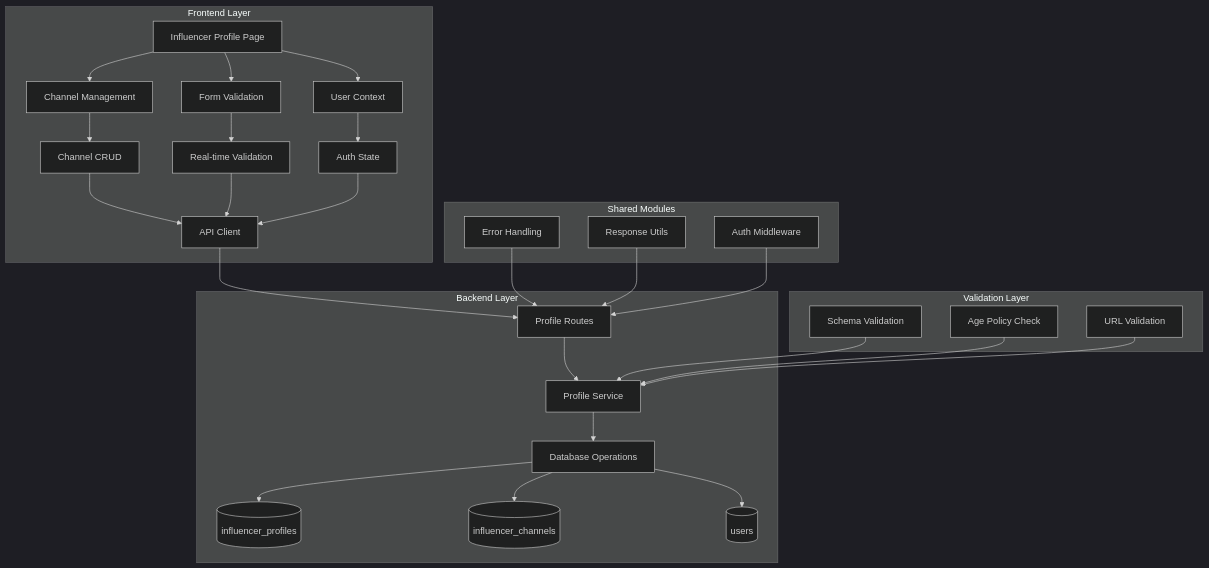
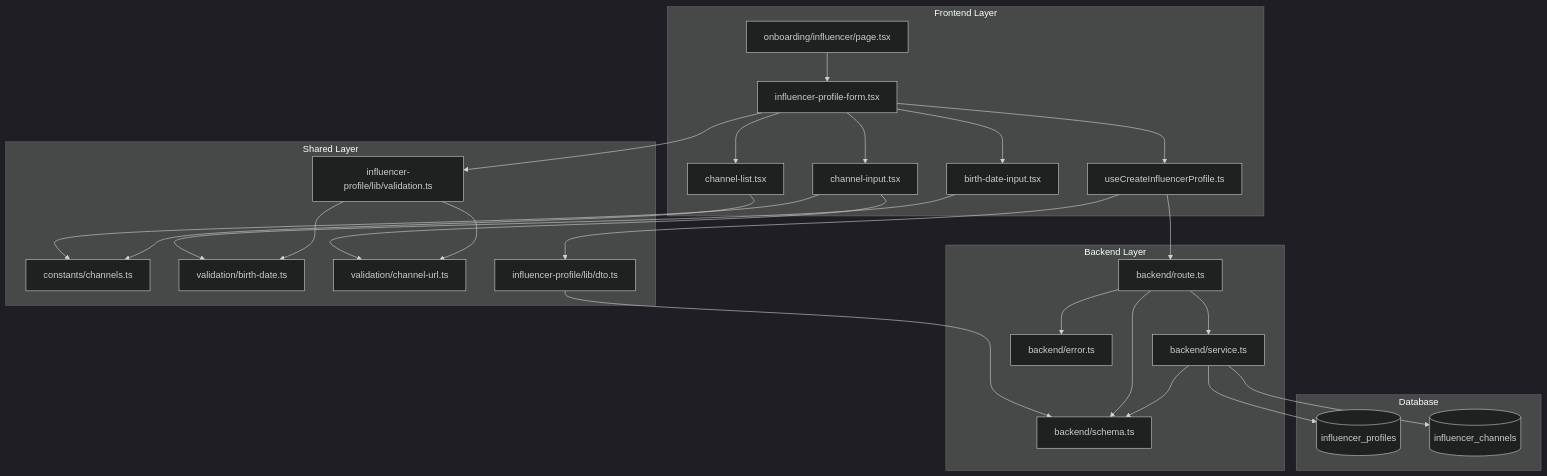
One commit to kooyongpak/Mafia_1w_1 changed the diagram in docs/002/plan.md. Above: the diagram before and after it, drawn with Mermaid (dark theme). The commit also changed other lines of this file and 78 other files, not shown here.

````diff
--- a/docs/002/plan.md
+++ b/docs/002/plan.md
@@ -195,46 +22,53 @@
 ```mermaid
 graph TB
     subgraph "Frontend Layer"
-        A[Influencer Profile Page] --> B[Channel Management]
-        A --> C[Form Validation]
-        A --> D[User Context]
-        
-        B --> E[Channel CRUD]
-        C --> F[Real-time Validation]
-        D --> G[Auth State]
-        
-        E --> H[API Client]
-        F --> H
-        G --> H
+        A[onboarding/influencer/page.tsx]
+        B[influencer-profile-form.tsx]
+        C[birth-date-input.tsx]
+        D[channel-input.tsx]
+        E[channel-list.tsx]
+        F[useCreateInfluencerProfile.ts]
     end
-    
+
+    subgraph "Shared Layer"
+        G[constants/channels.ts]
+        H[validation/birth-date.ts]
+        I[validation/channel-url.ts]
+        J[influencer-profile/lib/dto.ts]
+        K[influencer-profile/lib/validation.ts]
+    end
+
     subgraph "Backend Layer"
-        H --> I[Profile Routes]
-        I --> J[Profile Service]
-        J --> K[Database Operations]
-        
-        K --> L[(influencer_profiles)]
-        K --> M[(influencer_channels)]
-        K --> N[(users)]
+        L[backend/route.ts]
+        M[backend/schema.ts]
+        N[backend/service.ts]
+        O[backend/error.ts]
     end
-    
-    subgraph "Validation Layer"
-        O[Schema Validation]
-        P[Age Policy Check]
-        Q[URL Validation]
-        
-        O --> J
-        P --> J
-        Q --> J
+
+    subgraph "Database"
+        P[(influencer_profiles)]
+        Q[(influencer_channels)]
     end
-    
-    subgraph "Shared Modules"
-        R[Error Handling]
-        S[Response Utils]
-        T[Auth Middleware]
-        
-        R --> I
-        S --> I
-        T --> I
-    end
+
+    A --> B
+    B --> C
+    B --> D
+    B --> E
+    B --> F
+    B --> K
+    C --> H
+    D --> I
+    D --> G
+    E --> G
+    F --> J
+    K --> H
+    K --> I
+    J --> M
+    F --> L
+    L --> M
+    L --> N
+    L --> O
+    N --> P
+    N --> Q
+    N --> M
 ```
````
